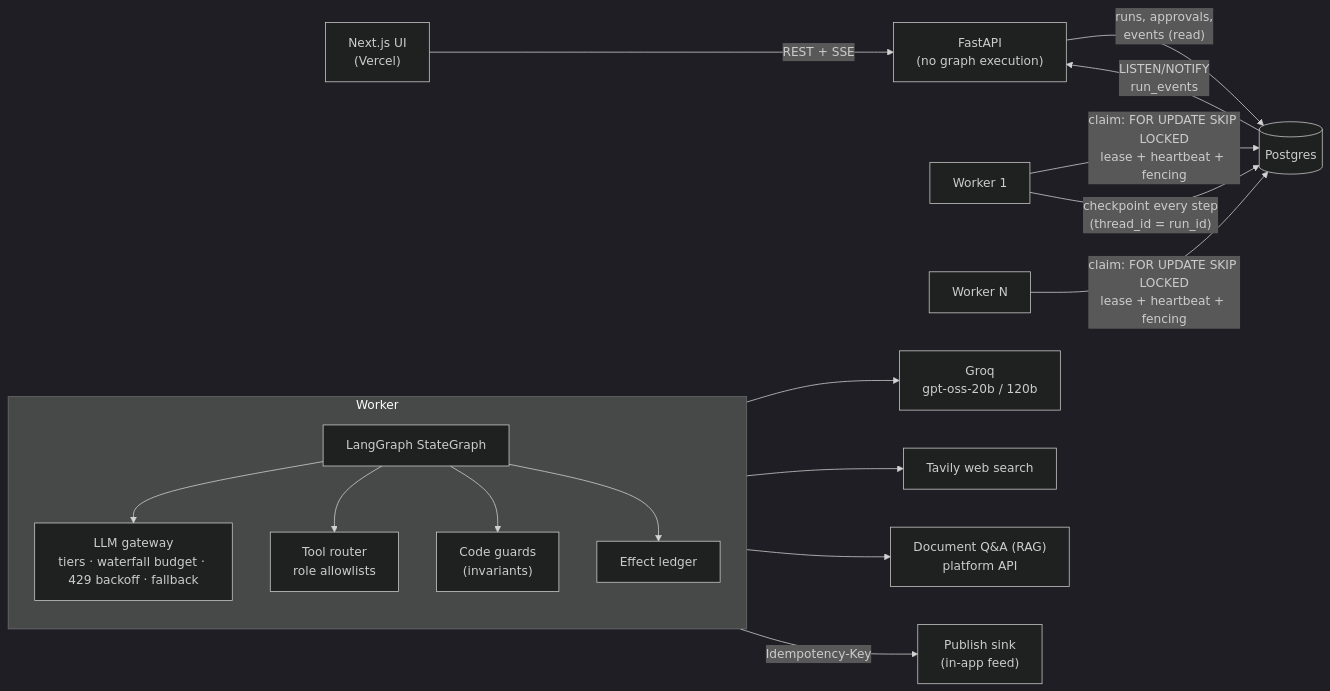
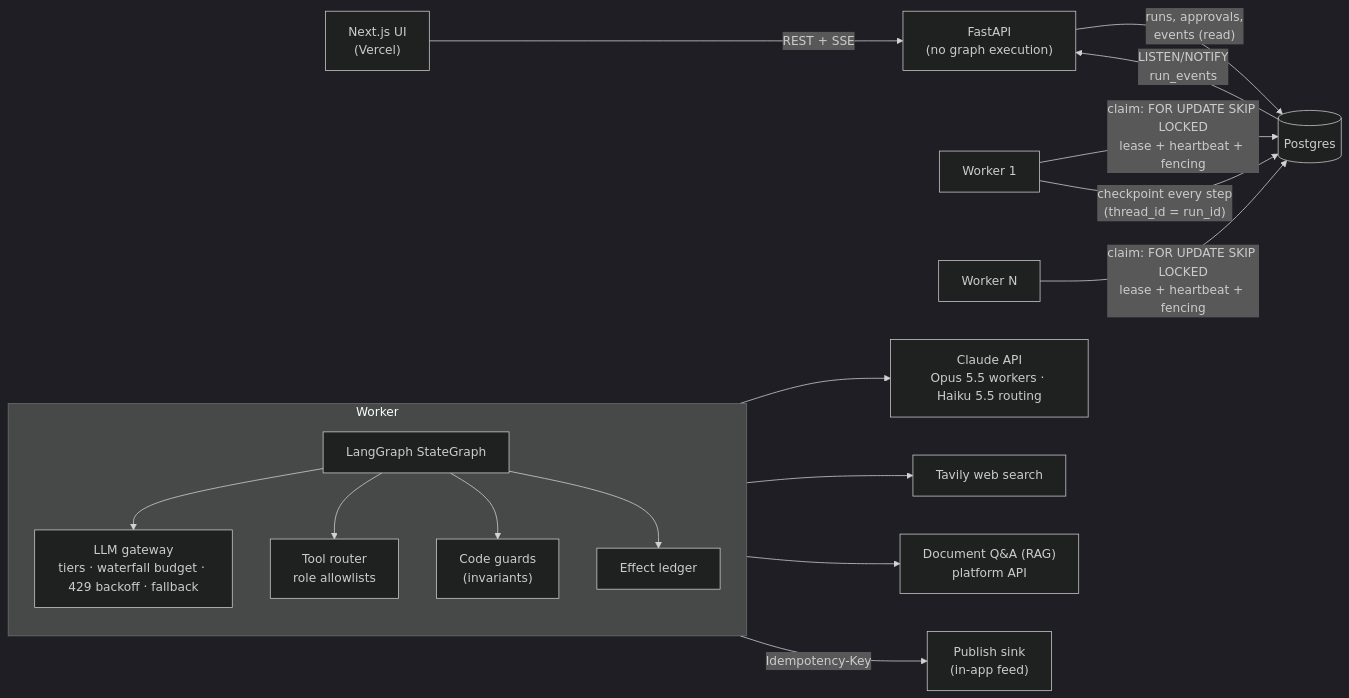
One commit to subidhkhanal/agent-orchestrator changed the first of 2 diagrams in README.md. Above: the diagram before and after it, drawn with Mermaid (dark theme). The commit also changed other lines of this file and 2 other files, not shown here.

Commit message:
Document the move to the Claude API

````diff
--- a/README.md
+++ b/README.md
@@ -24,19 +24,19 @@
 ```mermaid
 flowchart LR
     UI["Next.js UI<br/>(Vercel)"] -- "REST + SSE" --> API["FastAPI<br/>(no graph execution)"]
     API -- "runs, approvals,<br/>events (read)" --> PG[("Postgres")]
     PG -- "LISTEN/NOTIFY<br/>run_events" --> API
     W1["Worker 1"] & W2["Worker N"] -- "claim: FOR UPDATE SKIP LOCKED<br/>lease + heartbeat + fencing" --> PG
     W1 -- "checkpoint every step<br/>(thread_id = run_id)" --> PG
     subgraph Worker
       direction TB
       G["LangGraph StateGraph"] --> GW["LLM gateway<br/>tiers · waterfall budget · 429 backoff · fallback"]
       G --> TR["Tool router<br/>role allowlists"]
       G --> GU["Code guards<br/>(invariants)"]
       G --> EL["Effect ledger"]
     end
-    GW --> LLM["Groq<br/>gpt-oss-20b / 120b"]
+    GW --> LLM["Claude API<br/>Opus 5.5 workers · Haiku 5.5 routing"]
     TR --> WEB["Tavily web search"]
     TR --> RAG["Document Q&A (RAG)<br/>platform API"]
     EL -- "Idempotency-Key" --> SINK["Publish sink<br/>(in-app feed)"]
 ```
````
